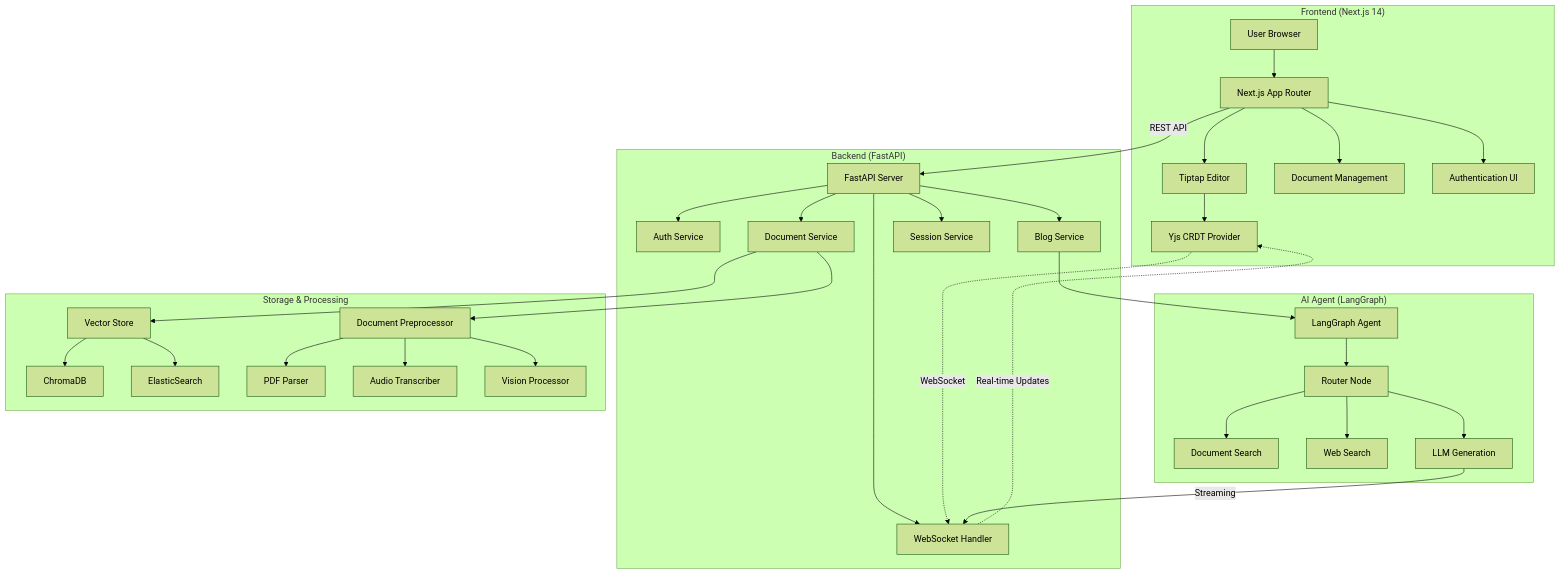
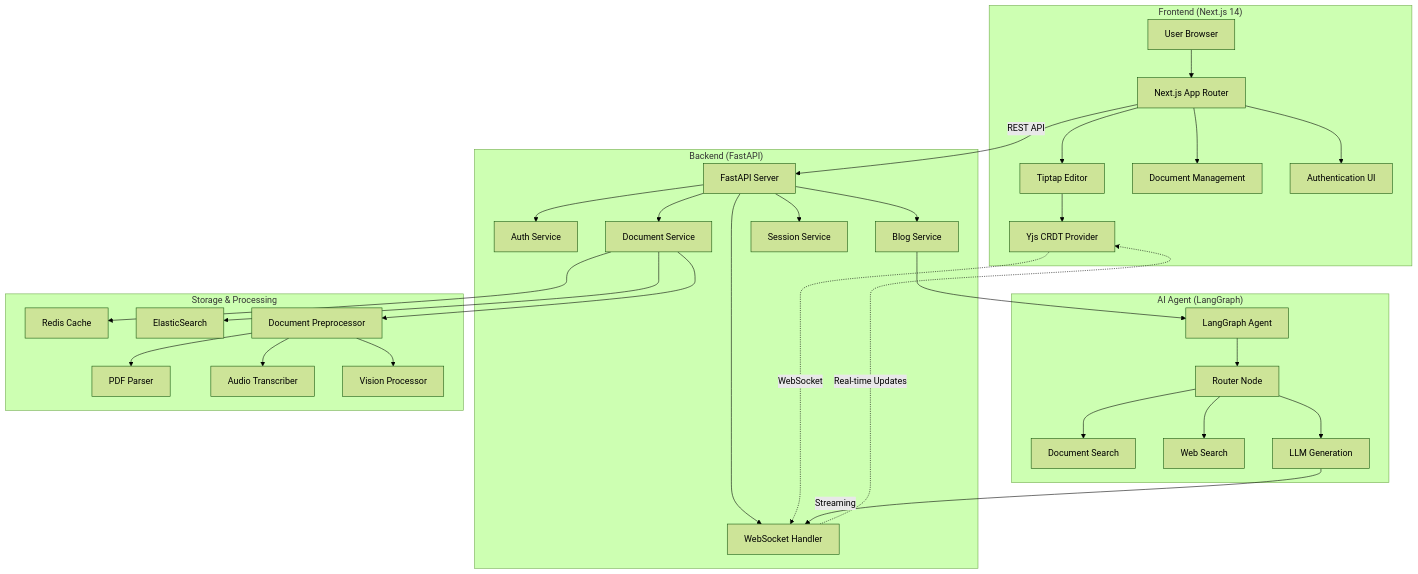
The diagram in README.md (Wchoi189/blog-creator-agent), drawn with Mermaid before and after one commit. The commit also changed other lines of this file and 9 other files, not shown here.

````diff
--- a/README.md
+++ b/README.md
@@ -30,45 +30,44 @@
 ```mermaid
 ---
 config:
   theme: 'forest'
 ---
 graph TB
     subgraph "Frontend (Next.js 14)"
         A[User Browser] --> B[Next.js App Router];
         B --> C[Tiptap Editor];
         C --> D[Yjs CRDT Provider];
         B --> E[Document Management];
         B --> F[Authentication UI];
     end
 
     subgraph "Backend (FastAPI)"
         G[FastAPI Server] --> H[Auth Service];
         G --> I[Document Service];
         G --> J[Blog Service];
         G --> K[Session Service];
         G --> L[WebSocket Handler];
     end
 
     subgraph "AI Agent (LangGraph)"
         J --> M[LangGraph Agent];
         M --> N[Router Node];
         N --> O[Document Search];
         N --> P[Web Search];
         N --> Q[LLM Generation];
     end
 
     subgraph "Storage & Processing"
-        I --> R[Vector Store];
-        R --> S[ChromaDB];
-        R --> T[ElasticSearch];
+        I --> R[Redis Cache];
+        I --> T[ElasticSearch];
         I --> U[Document Preprocessor];
         U --> V[PDF Parser];
         U --> W[Audio Transcriber];
         U --> X[Vision Processor];
     end
 
     D -.->|WebSocket| L;
     B -->|REST API| G;
     Q -->|Streaming| L;
     L -.->|Real-time Updates| D;
 ```
````
